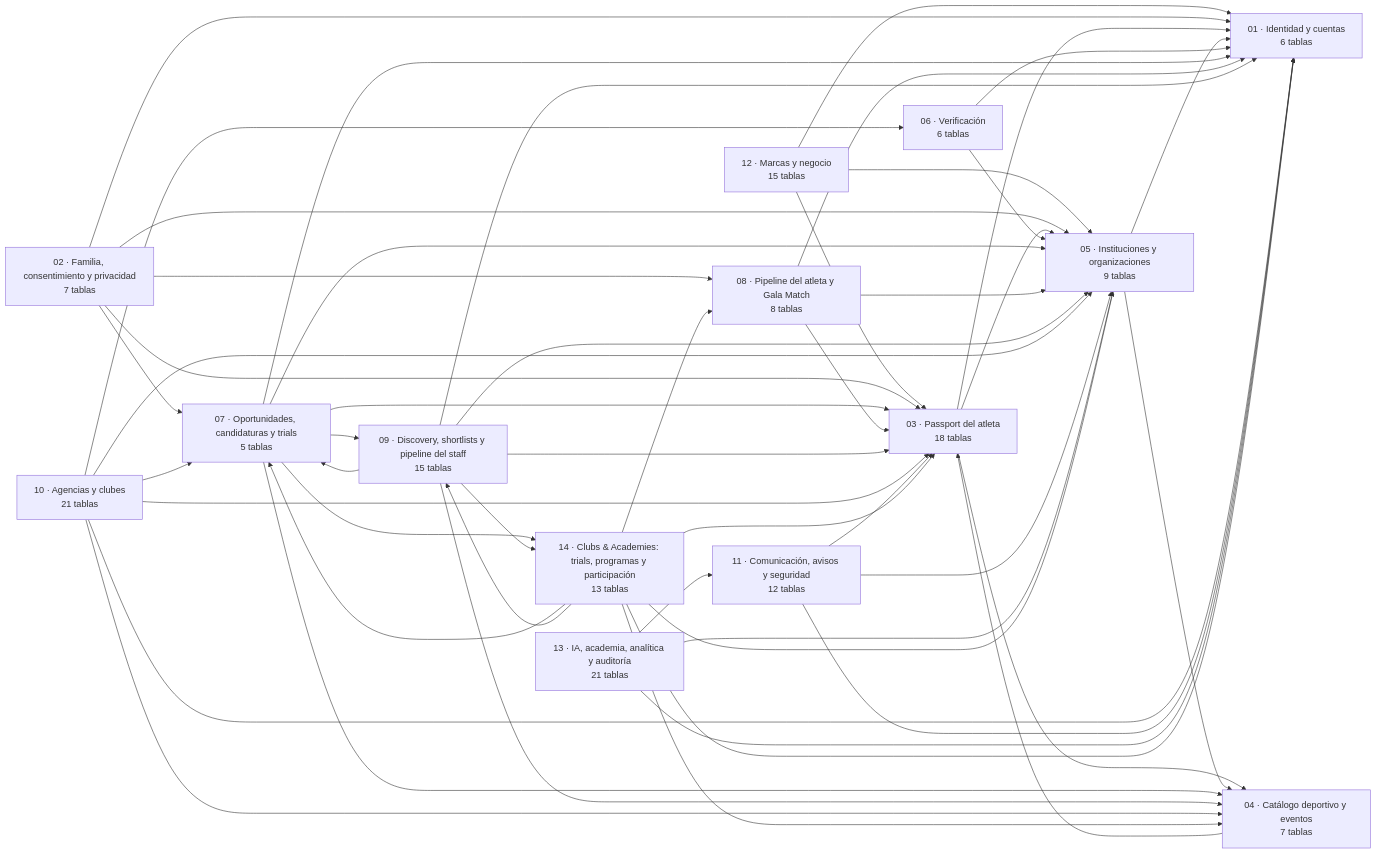
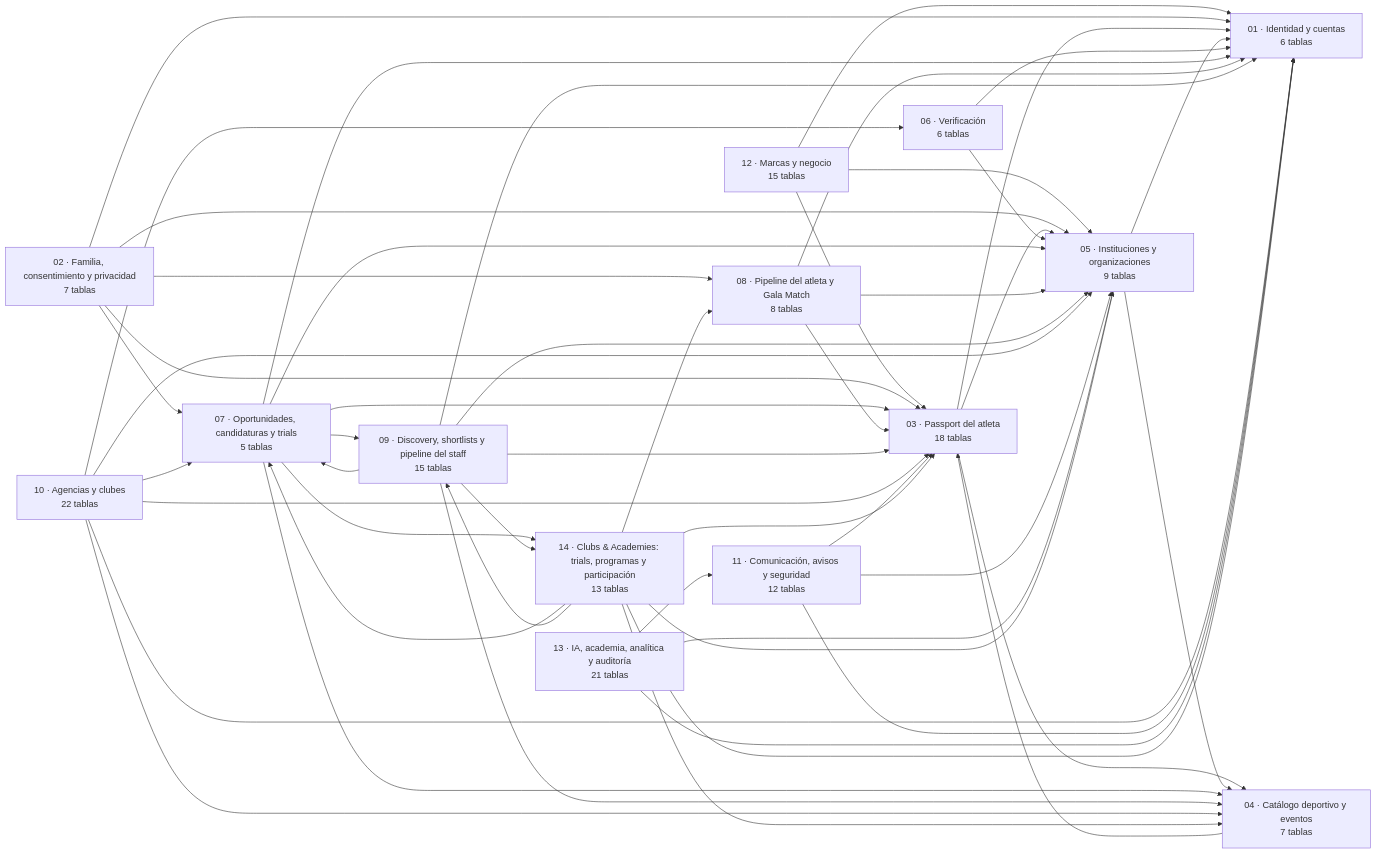
One commit to Galacamarena9/THE-GALA-ALLIANCE changed the first of 2 diagrams in docs/erd/00-MASTER.md. Above: the diagram before and after it, drawn with Mermaid. The commit also changed other lines of this file and 17 other files, not shown here.

````diff
--- a/docs/erd/00-MASTER.md
+++ b/docs/erd/00-MASTER.md
@@ -13,67 +13,67 @@
 ```mermaid
 flowchart LR
   D01["01 · Identidad y cuentas<br>6 tablas"]
   D02["02 · Familia, consentimiento y privacidad<br>7 tablas"]
   D03["03 · Passport del atleta<br>18 tablas"]
   D04["04 · Catálogo deportivo y eventos<br>7 tablas"]
   D05["05 · Instituciones y organizaciones<br>9 tablas"]
   D06["06 · Verificación<br>6 tablas"]
   D07["07 · Oportunidades, candidaturas y trials<br>5 tablas"]
   D08["08 · Pipeline del atleta y Gala Match<br>8 tablas"]
   D09["09 · Discovery, shortlists y pipeline del staff<br>15 tablas"]
-  D10["10 · Agencias y clubes<br>21 tablas"]
+  D10["10 · Agencias y clubes<br>22 tablas"]
   D11["11 · Comunicación, avisos y seguridad<br>12 tablas"]
   D12["12 · Marcas y negocio<br>15 tablas"]
   D13["13 · IA, academia, analítica y auditoría<br>21 tablas"]
   D14["14 · Clubs & Academies: trials, programas y participación<br>13 tablas"]
   D12 --> D01
   D12 --> D03
   D12 --> D05
   D02 --> D01
   D02 --> D03
   D02 --> D05
   D02 --> D07
   D02 --> D08
   D03 --> D01
   D03 --> D04
   D03 --> D05
   D04 --> D03
   D05 --> D01
   D05 --> D04
   D06 --> D01
   D06 --> D05
   D07 --> D01
   D07 --> D03
   D07 --> D04
   D07 --> D05
   D07 --> D09
   D07 --> D14
   D08 --> D01
   D08 --> D03
   D08 --> D05
   D09 --> D01
   D09 --> D03
   D09 --> D04
   D09 --> D05
   D09 --> D07
   D09 --> D14
   D10 --> D01
   D10 --> D03
   D10 --> D04
   D10 --> D05
   D10 --> D06
   D10 --> D07
   D11 --> D01
   D11 --> D03
   D11 --> D05
   D13 --> D01
   D13 --> D05
   D13 --> D11
   D14 --> D01
   D14 --> D03
   D14 --> D04
   D14 --> D05
   D14 --> D07
   D14 --> D08
   D14 --> D09
 ```
````
